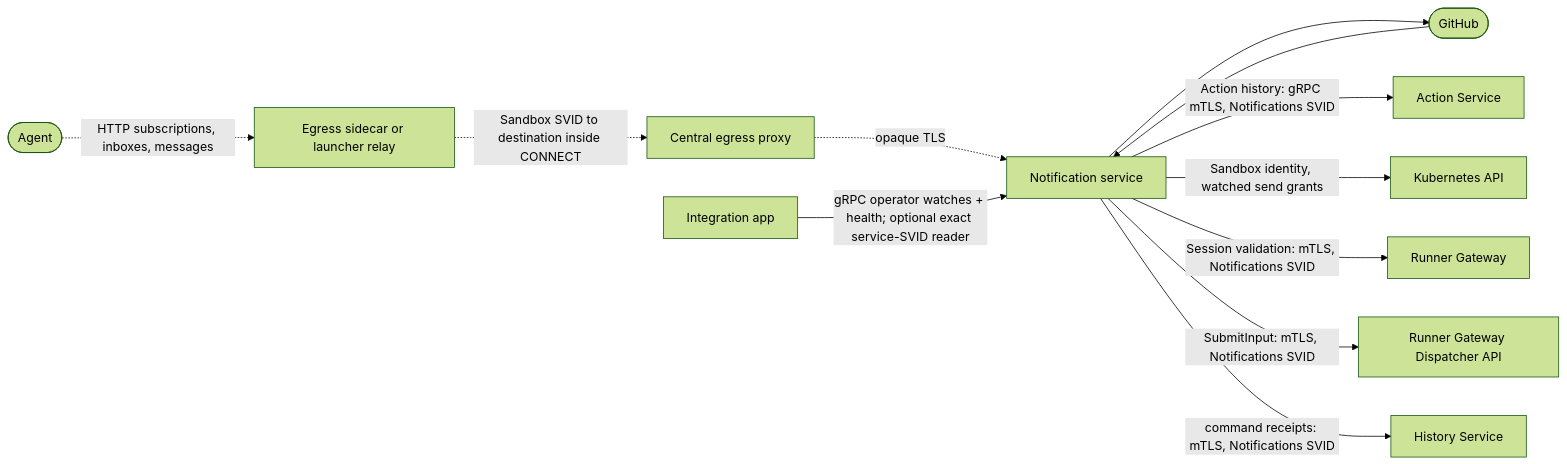
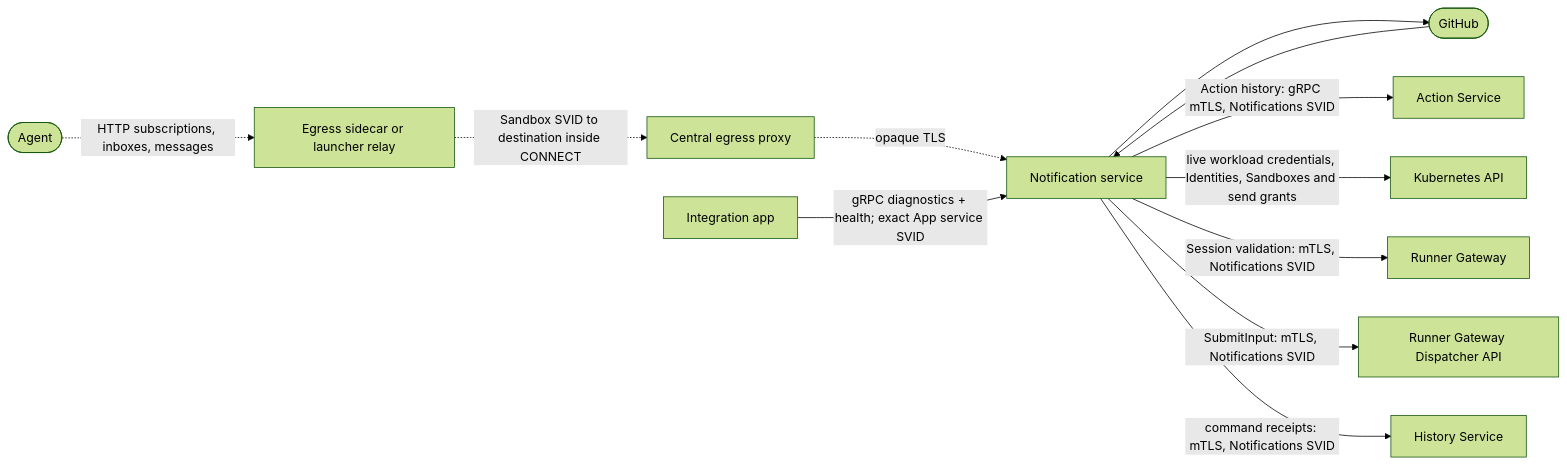
Diagram 11 of 18 in agentplane/docs/system_overview.md (agentydragon/ducktape), drawn with Mermaid (forest theme) before and after one commit. The commit also changed other lines of this file and 27 other files, not shown here.

````diff
--- a/agentplane/docs/system_overview.md
+++ b/agentplane/docs/system_overview.md
@@ -635,26 +635,26 @@
 ```mermaid
 flowchart LR
     agent([Agent])
     app[Integration app]
     github([GitHub])
     notifications[Notification service]
     actions[Action Service]
     k8s[Kubernetes API]
     gateway[Runner Gateway]
     dispatcher[Runner Gateway Dispatcher API]
     history[History Service]
 
     sidecar[Egress sidecar or launcher relay]
     proxy[Central egress proxy]
     agent -.->|HTTP subscriptions, inboxes, messages| sidecar
     sidecar -.->|Sandbox SVID to destination inside CONNECT| proxy
     proxy -.->|opaque TLS| notifications
-    app -->|gRPC operator watches + health; optional exact service-SVID reader| notifications
+    app -->|gRPC diagnostics + health; exact App service SVID| notifications
     github --> notifications
     notifications --> github
     notifications -->|Action history: gRPC mTLS, Notifications SVID| actions
-    notifications -->|Sandbox identity, watched send grants| k8s
+    notifications -->|live workload credentials, Identities, Sandboxes and send grants| k8s
     notifications -->|Session validation: mTLS, Notifications SVID| gateway
     notifications -->|SubmitInput: mTLS, Notifications SVID| dispatcher
     notifications -->|command receipts: mTLS, Notifications SVID| history
 ```
````
